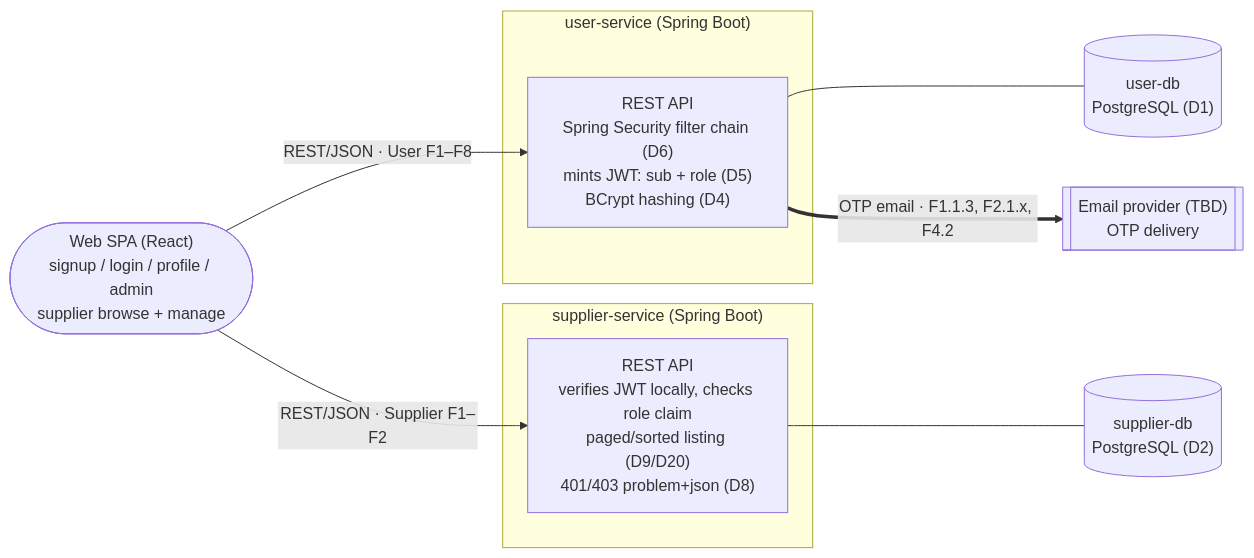
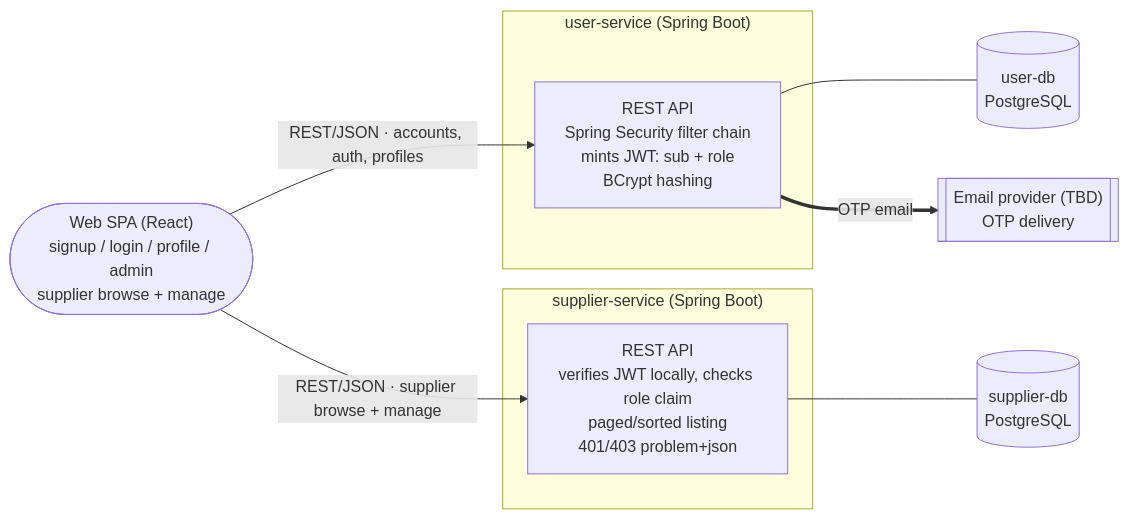
Before and after one commit to AY2627S1-CS3219-P23/foc: the diagram in docs/d2-design.mmd, drawn with Mermaid. The commit also changed 2 other files, not shown here.

Commit message:
docs: strip reference codes and decisions table from D2 design body
Removes the F*/D* requirement and decision citations and the
decisions table for readability; choices stay marked (chosen) in
their per-section comparisons, with attribution and the full option
record retained in the file's disclosure header and ai/usage-log.md.
Lark internal-discussion copy re-imported without the disclosure
banner (a one-line pointer to the in-repo disclosures remains);
repo disclosures unchanged.

```diff
--- a/docs/d2-design.mmd
+++ b/docs/d2-design.mmd
@@ -1,25 +1,26 @@
 %% AI-assisted (CS3219 AI Usage Policy disclosure):
 %% Tool: Claude Code (Fable 5), 2026-09-20.
 %% Scope: component-level D2 slice transcribed from docs/architecture.md
-%% with the team decisions D1-D29 recorded in docs/d2-design.md
-%% applied. No architecture decisions were made by the tool.
+%% with the team decisions recorded in docs/d2-design.md (attribution
+%% in its header and ai/usage-log.md) applied. No architecture
+%% decisions were made by the tool.
 %% Reviewed by: Leong Wei Zhi (via pull request).
 flowchart LR
     SPA(["Web SPA (React)<br/>signup / login / profile / admin<br/>supplier browse + manage"])
 
     subgraph US["user-service (Spring Boot)"]
-        USC["REST API<br/>Spring Security filter chain (D6)<br/>mints JWT: sub + role (D5)<br/>BCrypt hashing (D4)"]
+        USC["REST API<br/>Spring Security filter chain<br/>mints JWT: sub + role<br/>BCrypt hashing"]
     end
     subgraph SS["supplier-service (Spring Boot)"]
-        SSC["REST API<br/>verifies JWT locally, checks role claim<br/>paged/sorted listing (D9/D20)<br/>401/403 problem+json (D8)"]
+        SSC["REST API<br/>verifies JWT locally, checks role claim<br/>paged/sorted listing<br/>401/403 problem+json"]
     end
 
-    UDB[("user-db<br/>PostgreSQL (D1)")]
-    SDB[("supplier-db<br/>PostgreSQL (D2)")]
+    UDB[("user-db<br/>PostgreSQL")]
+    SDB[("supplier-db<br/>PostgreSQL")]
     MAIL[["Email provider (TBD)<br/>OTP delivery"]]
 
-    SPA -->|"REST/JSON · User F1–F8"| USC
-    SPA -->|"REST/JSON · Supplier F1–F2"| SSC
+    SPA -->|"REST/JSON · accounts, auth, profiles"| USC
+    SPA -->|"REST/JSON · supplier browse + manage"| SSC
     USC --- UDB
     SSC --- SDB
-    USC ==>|"OTP email · F1.1.3, F2.1.x, F4.2"| MAIL
+    USC ==>|"OTP email"| MAIL
```
